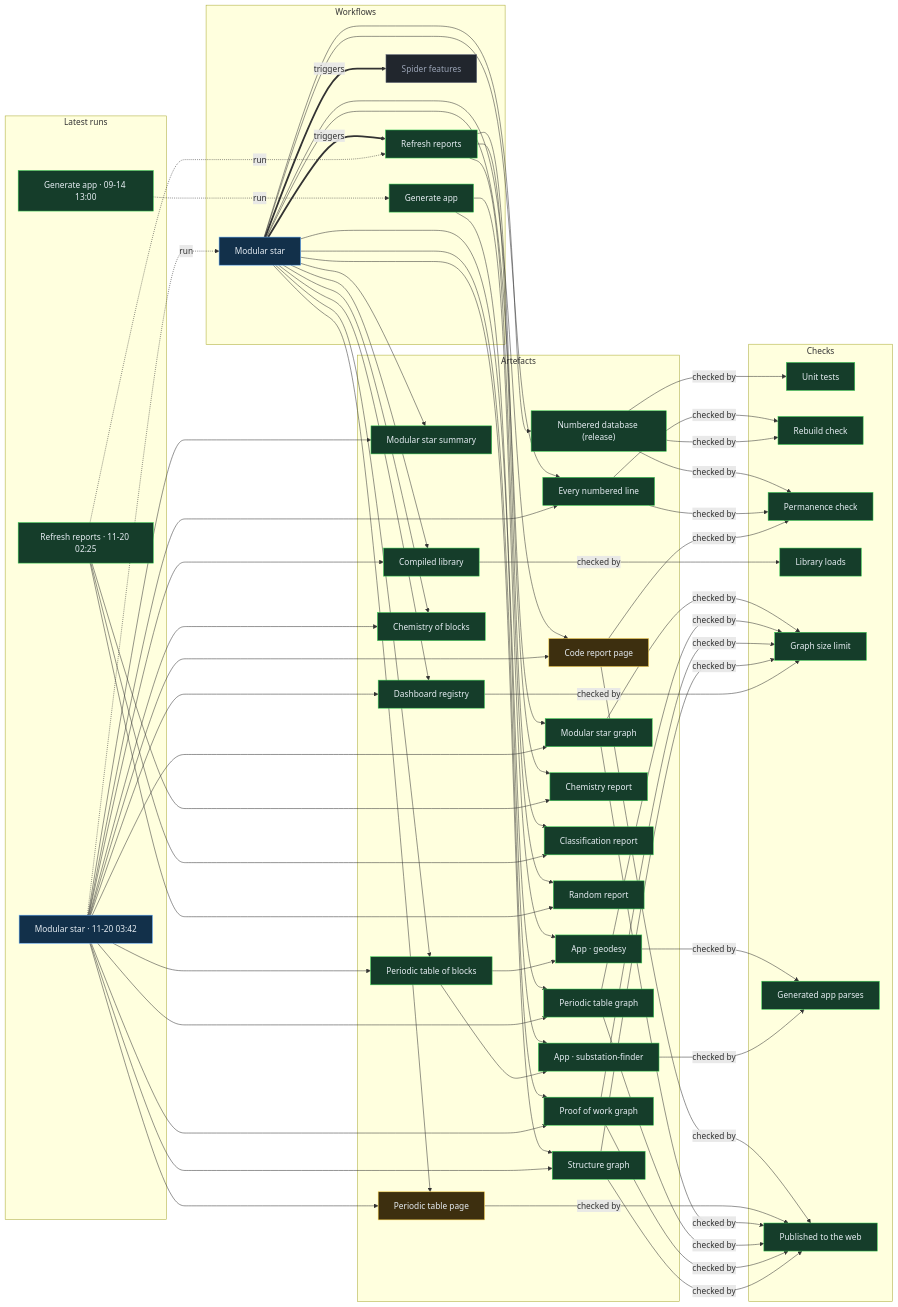
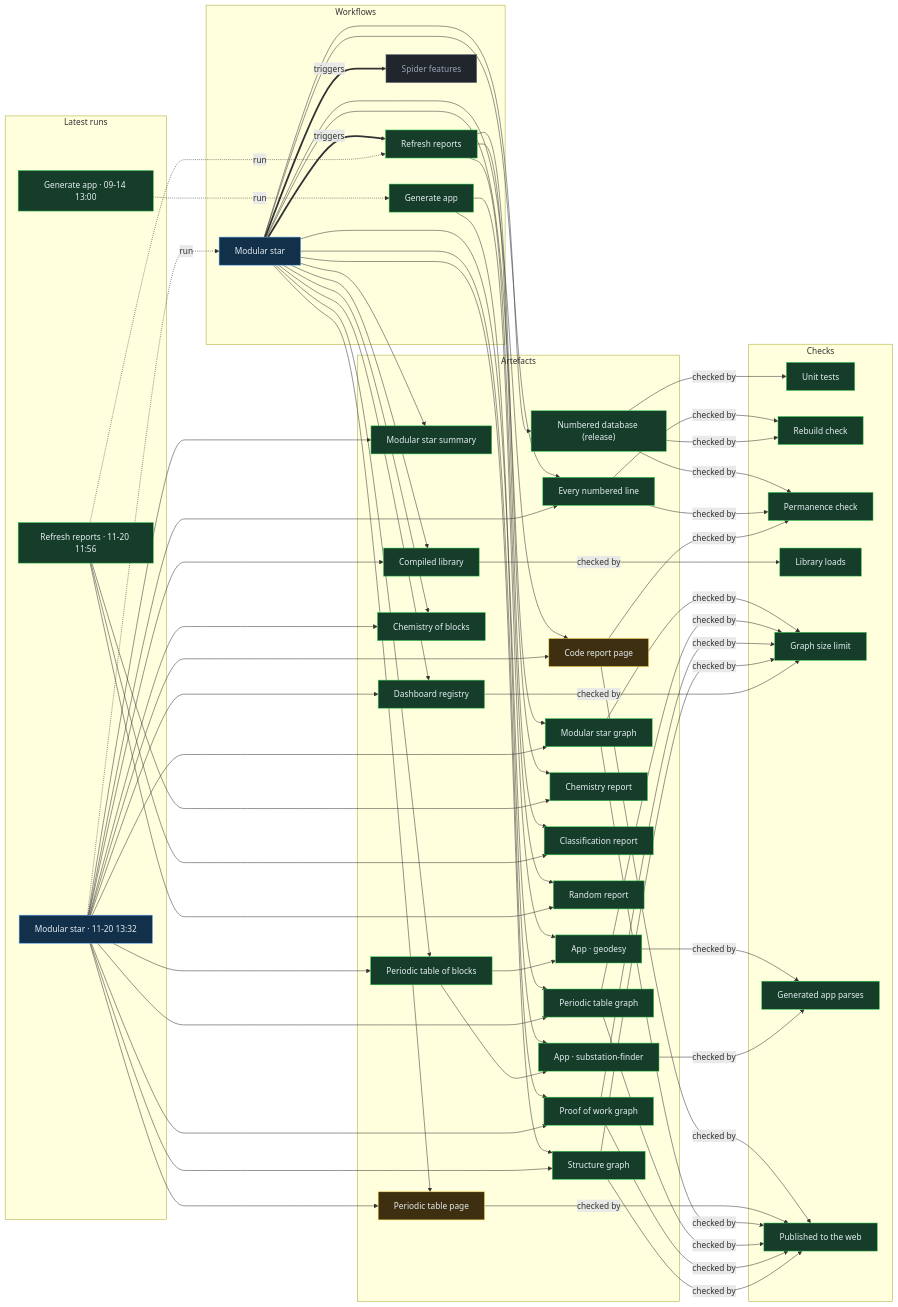
One commit to Ventusltd/stars changed the diagram in proof/PROOF.md. Above: the diagram before and after it, drawn with Mermaid. The commit also changed other lines of this file and 55 other files, not shown here.

Commit message:
Modular star 2026-11-20T13:34Z

```diff
--- a/proof/PROOF.md
+++ b/proof/PROOF.md
@@ -24,8 +24,8 @@
   n_wf_spider_features["Spider features"]:::off
   end
   subgraph g_runs["Latest runs"]
-  n_run_44669501078["Modular star · 11-20 03:42"]:::live
-  n_run_44660722671["Refresh reports · 11-20 02:25"]:::ok
+  n_run_44745223314["Modular star · 11-20 13:32"]:::live
+  n_run_44731691623["Refresh reports · 11-20 11:56"]:::ok
   n_run_34846587798["Generate app · 09-14 13:00"]:::ok
   end
   subgraph g_artefacts["Artefacts"]
@@ -59,39 +59,39 @@
   end
   n_wf_modular_star == triggers ==> n_wf_refresh
   n_wf_modular_star == triggers ==> n_wf_spider_features
-  n_run_44669501078 -. run .-> n_wf_modular_star
-  n_run_44660722671 -. run .-> n_wf_refresh
+  n_run_44745223314 -. run .-> n_wf_modular_star
+  n_run_44731691623 -. run .-> n_wf_refresh
   n_run_34846587798 -. run .-> n_wf_generate
   n_wf_modular_star --> n_art_summary
-  n_run_44669501078 --> n_art_summary
+  n_run_44745223314 --> n_art_summary
   n_wf_modular_star --> n_art_lines
-  n_run_44669501078 --> n_art_lines
+  n_run_44745223314 --> n_art_lines
   n_wf_modular_star --> n_art_code
-  n_run_44669501078 --> n_art_code
+  n_run_44745223314 --> n_art_code
   n_wf_modular_star --> n_art_modular_graph
-  n_run_44669501078 --> n_art_modular_graph
+  n_run_44745223314 --> n_art_modular_graph
   n_wf_modular_star --> n_art_blocks
-  n_run_44669501078 --> n_art_blocks
+  n_run_44745223314 --> n_art_blocks
   n_wf_modular_star --> n_art_table
-  n_run_44669501078 --> n_art_table
+  n_run_44745223314 --> n_art_table
   n_wf_modular_star --> n_art_blocks_graph
-  n_run_44669501078 --> n_art_blocks_graph
+  n_run_44745223314 --> n_art_blocks_graph
   n_wf_modular_star --> n_art_reactions
-  n_run_44669501078 --> n_art_reactions
+  n_run_44745223314 --> n_art_reactions
   n_wf_modular_star --> n_art_library
-  n_run_44669501078 --> n_art_library
+  n_run_44745223314 --> n_art_library
   n_wf_modular_star --> n_art_features
-  n_run_44669501078 --> n_art_features
+  n_run_44745223314 --> n_art_features
   n_wf_modular_star --> n_art_proof
-  n_run_44669501078 --> n_art_proof
+  n_run_44745223314 --> n_art_proof
   n_wf_modular_star --> n_art_structure
-  n_run_44669501078 --> n_art_structure
+  n_run_44745223314 --> n_art_structure
   n_wf_refresh --> n_art_chemistry
-  n_run_44660722671 --> n_art_chemistry
+  n_run_44731691623 --> n_art_chemistry
   n_wf_refresh --> n_art_vedic
-  n_run_44660722671 --> n_art_vedic
+  n_run_44731691623 --> n_art_vedic
   n_wf_refresh --> n_art_random
-  n_run_44660722671 --> n_art_random
+  n_run_44731691623 --> n_art_random
   n_wf_modular_star --> n_art_release
   n_wf_generate --> n_app_geodesy
   n_art_blocks --> n_app_geodesy
```
